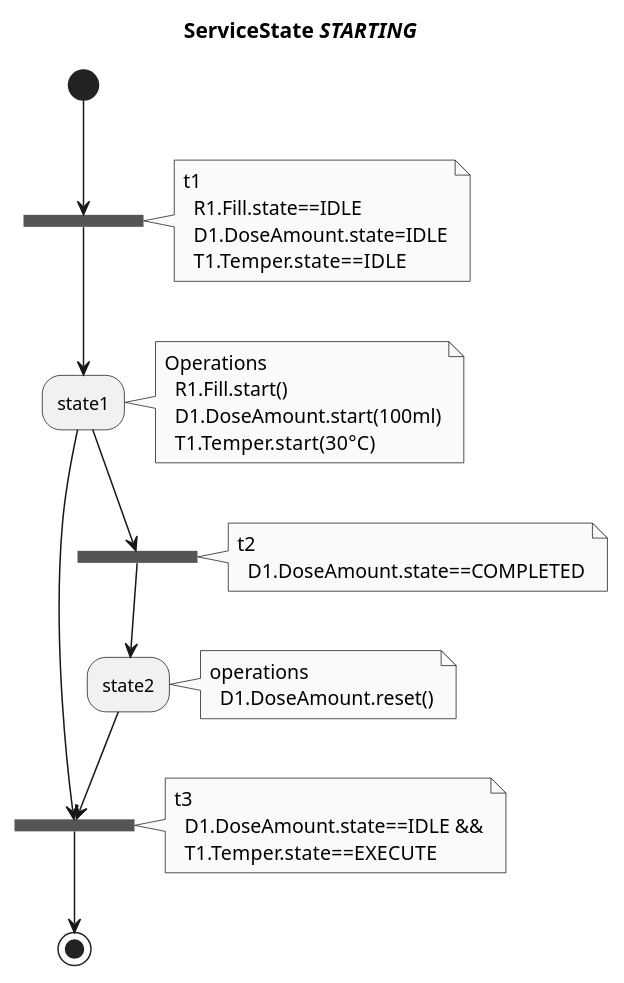
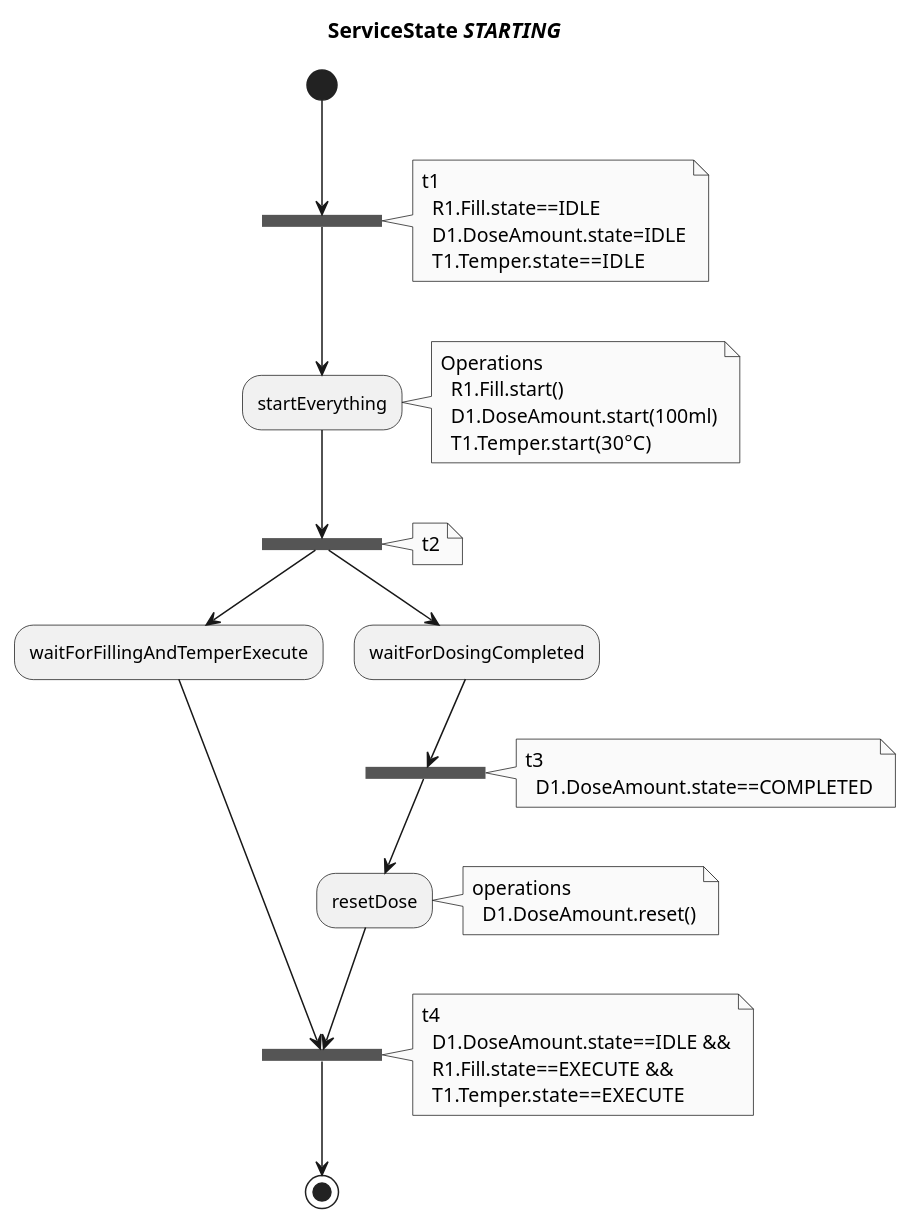
One commit to p2o-lab/polaris-backend changed the diagram in doc/petrinet-sample.puml. Above: the diagram before and after it, drawn with PlantUML. The commit also changed 1 other file, not shown here.

Commit message:
fix petrinet diagrams

```diff
--- a/doc/petrinet-sample.puml
+++ b/doc/petrinet-sample.puml
@@ -1,48 +1,59 @@
 @startuml
 
 skinparam monochrome true
 
 title ServiceState <i>STARTING</i>
 
 
 (*) --> ===t1===
 note right
 t1
   R1.Fill.state==IDLE
   D1.DoseAmount.state=IDLE
   T1.Temper.state==IDLE
 end note
 
 
-===t1=== --> state1
+===t1=== --> startEverything
 note right
 Operations
   R1.Fill.start()
   D1.DoseAmount.start(100ml)
   T1.Temper.start(30°C)
 end note
 
-state1 --> ==t3==
+startEverything --> ==t2==
+note right
+t2
+end note
 
-==t2== --> state2
+==t2== --> waitForFillingAndTemperExecute
+==t2== --> waitForDosingCompleted
+
+
+waitForFillingAndTemperExecute --> ==t4==
+
+waitForDosingCompleted --> ==t3==
+note right
+t3
+  D1.DoseAmount.state==COMPLETED
+end note
+
+==t3== --> resetDose
 note right
 operations
   D1.DoseAmount.reset()
 end note
 
-state2 --> ==t3==
+resetDose --> ===t4===
 note right
-t3
+t4
   D1.DoseAmount.state==IDLE &&
+  R1.Fill.state==EXECUTE &&
   T1.Temper.state==EXECUTE
 end note
 
-state1 --> ===t2===
-note right
-t2
-  D1.DoseAmount.state==COMPLETED
-end note
 
 
-==t3== --> (*)
+==t4== --> (*)
 @enduml
```
